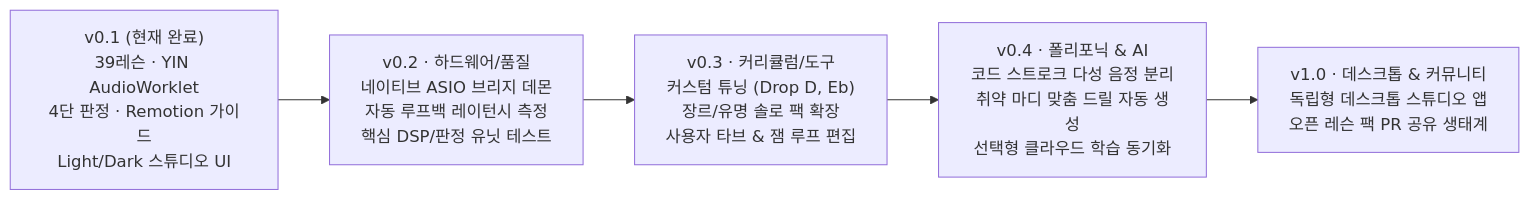
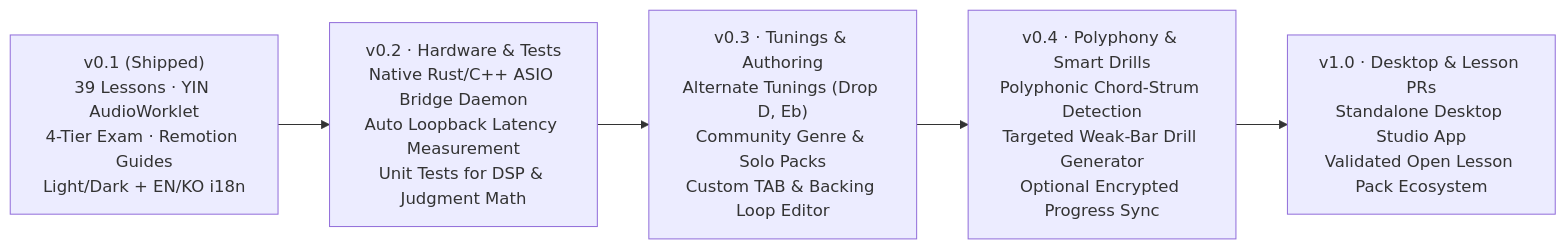
The second of 2 diagrams in README.md (srain0626/fretmaster-studio), drawn with Mermaid before and after one commit. The commit also changed other lines of this file and 24 other files, not shown here.

````diff
--- a/README.md
+++ b/README.md
@@ -193,7 +197,7 @@
 ```mermaid
 flowchart LR
-    V1["v0.1 (현재 완료)\n39레슨 · YIN AudioWorklet\n4단 판정 · Remotion 가이드\nLight/Dark 스튜디오 UI"] --> V2["v0.2 · 하드웨어/품질\n네이티브 ASIO 브리지 데몬\n자동 루프백 레이턴시 측정\n핵심 DSP/판정 유닛 테스트"]
-    V2 --> V3["v0.3 · 커리큘럼/도구\n커스텀 튜닝 (Drop D, Eb)\n장르/유명 솔로 팩 확장\n사용자 타브 & 잼 루프 편집"]
-    V3 --> V4["v0.4 · 폴리포닉 & AI\n코드 스트로크 다성 음정 분리\n취약 마디 맞춤 드릴 자동 생성\n선택형 클라우드 학습 동기화"]
-    V4 --> V5["v1.0 · 데스크톱 & 커뮤니티\n독립형 데스크톱 스튜디오 앱\n오픈 레슨 팩 PR 공유 생태계"]
+    V1["v0.1 (Shipped)\n39 Lessons · YIN AudioWorklet\n4-Tier Exam · Remotion Guides\nLight/Dark + EN/KO i18n"] --> V2["v0.2 · Hardware &amp; Tests\nNative Rust/C++ ASIO Bridge Daemon\nAuto Loopback Latency Measurement\nUnit Tests for DSP &amp; Judgment Math"]
+    V2 --> V3["v0.3 · Tunings &amp; Authoring\nAlternate Tunings (Drop D, Eb)\nCommunity Genre &amp; Solo Packs\nCustom TAB &amp; Backing Loop Editor"]
+    V3 --> V4["v0.4 · Polyphony &amp; Smart Drills\nPolyphonic Chord-Strum Detection\nTargeted Weak-Bar Drill Generator\nOptional Encrypted Progress Sync"]
+    V4 --> V5["v1.0 · Desktop &amp; Lesson PRs\nStandalone Desktop Studio App\nValidated Open Lesson Pack Ecosystem"]
 ```
````
